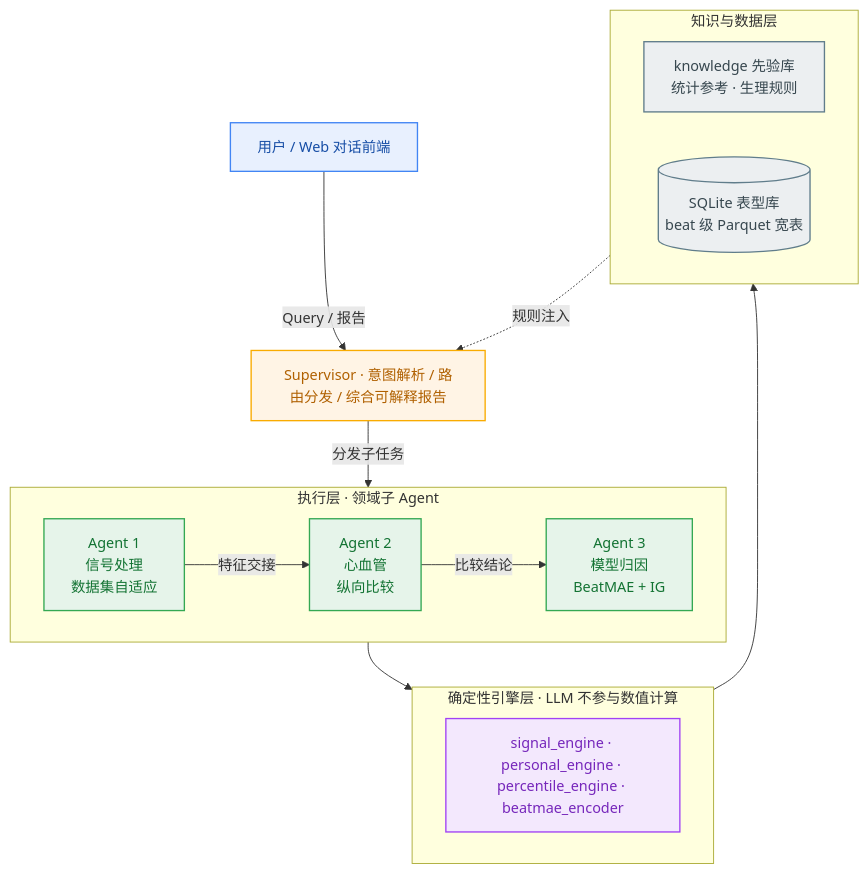
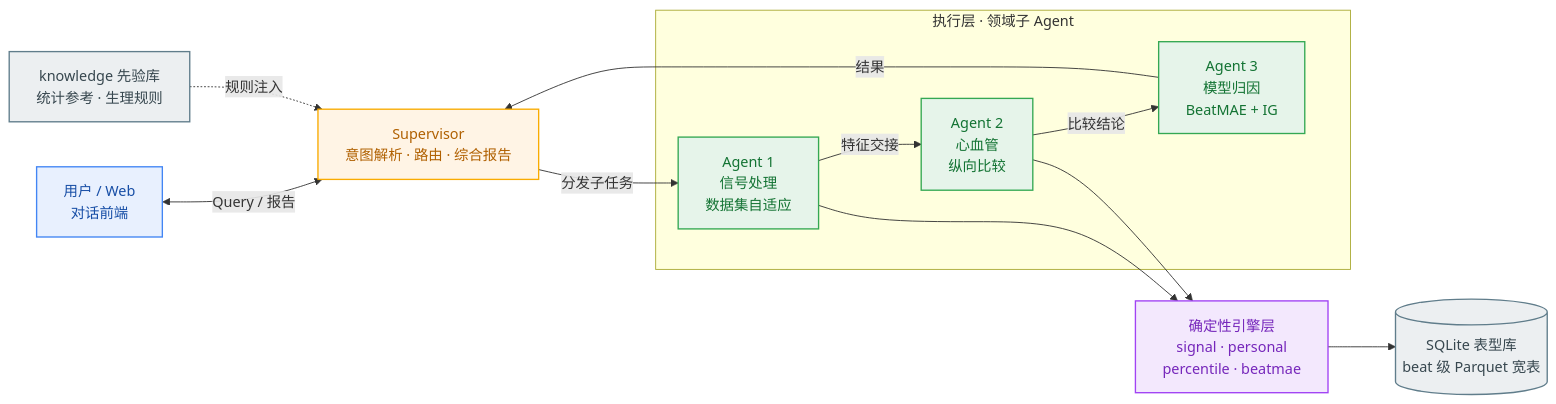
One commit to TangShuaiL/PPG-Agent changed the diagram in README.md. Above: the diagram before and after it, drawn with Mermaid.

Commit message:
docs: 架构图优化

````diff
--- a/README.md
+++ b/README.md
@@ -23,36 +23,30 @@
 ```mermaid
-flowchart TB
+flowchart LR
     classDef io     fill:#E8F0FE,stroke:#4285F4,stroke-width:1.5px,color:#174EA6;
     classDef sup    fill:#FFF4E5,stroke:#F9AB00,stroke-width:1.5px,color:#B06000;
     classDef agent  fill:#E6F4EA,stroke:#34A853,stroke-width:1.5px,color:#137333;
     classDef engine fill:#F3E8FD,stroke:#A142F4,stroke-width:1.5px,color:#7627BB;
     classDef store  fill:#ECEFF1,stroke:#607D8B,stroke-width:1.5px,color:#37474F;
 
-    USER["用户 / Web 对话前端"]:::io
-    SUP["Supervisor · 意图解析 / 路由分发 / 综合可解释报告"]:::sup
+    USER["用户 / Web<br/>对话前端"]:::io
+    SUP["Supervisor<br/>意图解析 · 路由 · 综合报告"]:::sup
 
     subgraph L2["执行层 · 领域子 Agent"]
-        direction LR
         A1["Agent 1<br/>信号处理<br/>数据集自适应"]:::agent
         A2["Agent 2<br/>心血管<br/>纵向比较"]:::agent
         A3["Agent 3<br/>模型归因<br/>BeatMAE + IG"]:::agent
         A1 -->|特征交接| A2 -->|比较结论| A3
     end
 
-    subgraph L3["确定性引擎层 · LLM 不参与数值计算"]
-        direction LR
-        ENG["signal_engine · personal_engine · percentile_engine · beatmae_encoder"]:::engine
-    end
+    ENG["确定性引擎层<br/>signal · personal<br/>percentile · beatmae"]:::engine
+    KNOW["knowledge 先验库<br/>统计参考 · 生理规则"]:::store
+    DB[("SQLite 表型库<br/>beat 级 Parquet 宽表")]:::store
 
-    subgraph L4["知识与数据层"]
-        direction LR
-        KNOW["knowledge 先验库<br/>统计参考 · 生理规则"]:::store
-        DB[("SQLite 表型库<br/>beat 级 Parquet 宽表")]:::store
-    end
-
-    USER -->|Query / 报告| SUP
-    SUP -->|分发子任务| L2
-    L2 --> ENG
+    USER <-->|Query / 报告| SUP
+    SUP -->|分发子任务| A1
+    A1 --> ENG
+    A2 --> ENG
+    A3 -->|结果| SUP
     ENG --> DB
     KNOW -.规则注入.-> SUP
 ```
````
